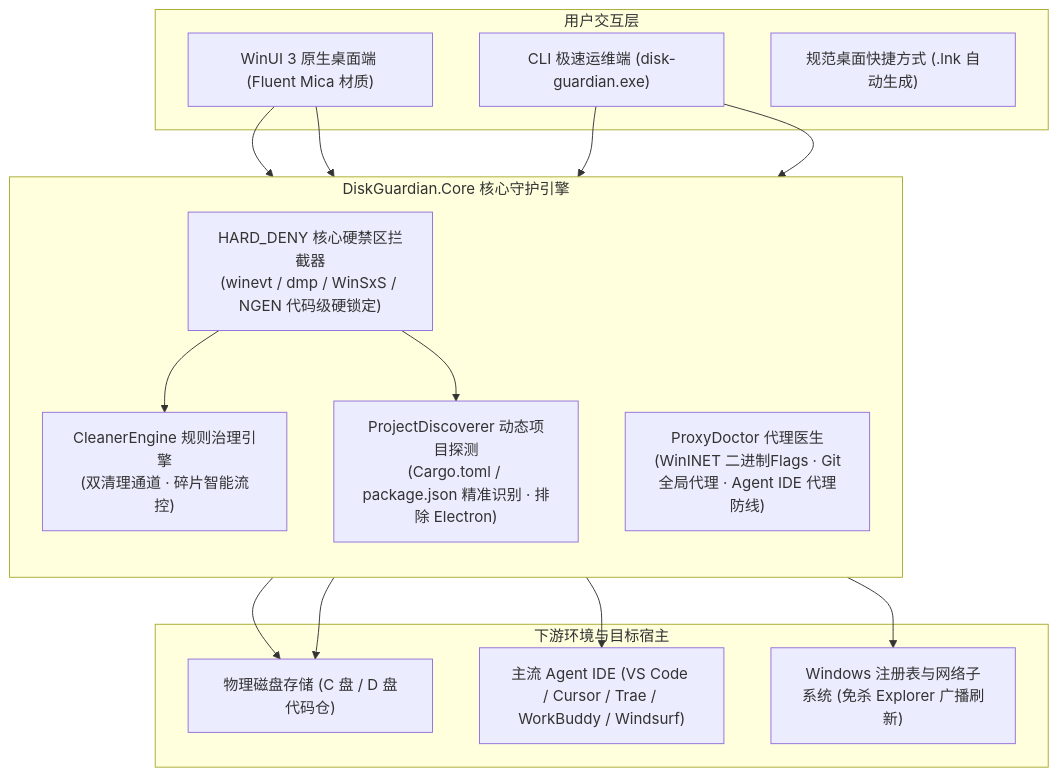
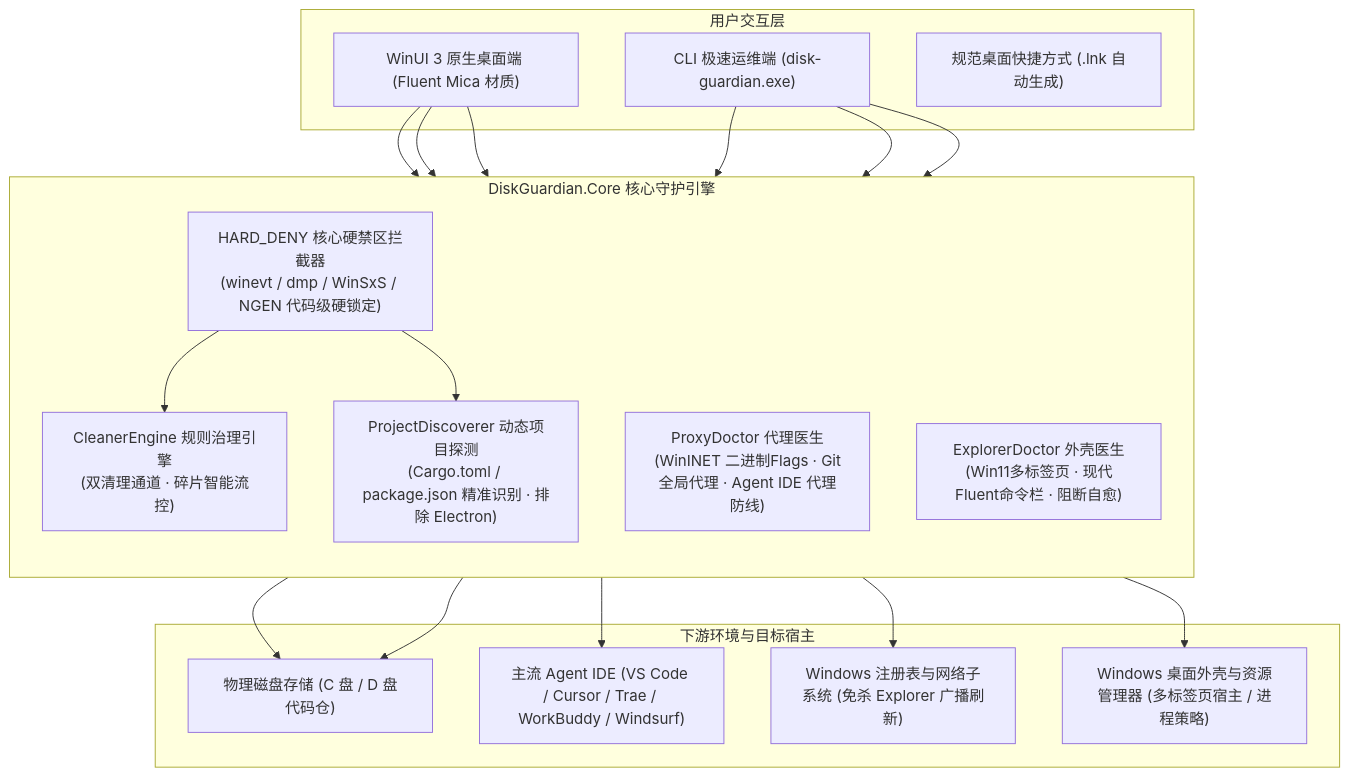
Before and after one commit to HMuSeaB/disk-guardian: the diagram in README.md, drawn with Mermaid. The commit also changed other lines of this file and 8 other files, not shown here.

Commit message:
feat(diagnostics): add ExplorerDoctor for Windows 11 shell health and one-click restoration

````diff
--- a/README.md
+++ b/README.md
@@ -53,33 +53,38 @@
 ```mermaid
 graph TD
     subgraph 用户交互层
         GUI["WinUI 3 原生桌面端 (Fluent Mica 材质)"]
         CLI["CLI 极速运维端 (disk-guardian.exe)"]
         LNK["规范桌面快捷方式 (.lnk 自动生成)"]
     end
 
     subgraph 核心守护与诊断引擎["DiskGuardian.Core 核心守护引擎"]
         direction TB
         DENY["HARD_DENY 核心硬禁区拦截器<br/>(winevt / dmp / WinSxS / NGEN 代码级硬锁定)"]
         RULE["CleanerEngine 规则治理引擎<br/>(双清理通道 · 碎片智能流控)"]
         DISC["ProjectDiscoverer 动态项目探测<br/>(Cargo.toml / package.json 精准识别 · 排除 Electron)"]
         PROXY["ProxyDoctor 代理医生<br/>(WinINET 二进制Flags · Git全局代理 · Agent IDE 代理防线)"]
+        EXPLORER["ExplorerDoctor 外壳医生<br/>(Win11多标签页 · 现代Fluent命令栏 · 阻断自愈)"]
     end
 
     subgraph 下游环境与目标宿主
         STORAGE["物理磁盘存储 (C 盘 / D 盘代码仓)"]
         IDE_ENV["主流 Agent IDE (VS Code / Cursor / Trae / WorkBuddy / Windsurf)"]
         WININET["Windows 注册表与网络子系统 (免杀 Explorer 广播刷新)"]
+        SHELL["Windows 桌面外壳与资源管理器 (多标签页宿主 / 进程策略)"]
     end
 
     GUI --> DENY
     CLI --> DENY
     DENY --> RULE
     DENY --> DISC
     GUI --> PROXY
     CLI --> PROXY
+    GUI --> EXPLORER
+    CLI --> EXPLORER
     RULE --> STORAGE
     DISC --> STORAGE
     PROXY --> IDE_ENV
     PROXY --> WININET
+    EXPLORER --> SHELL
 ```
````
